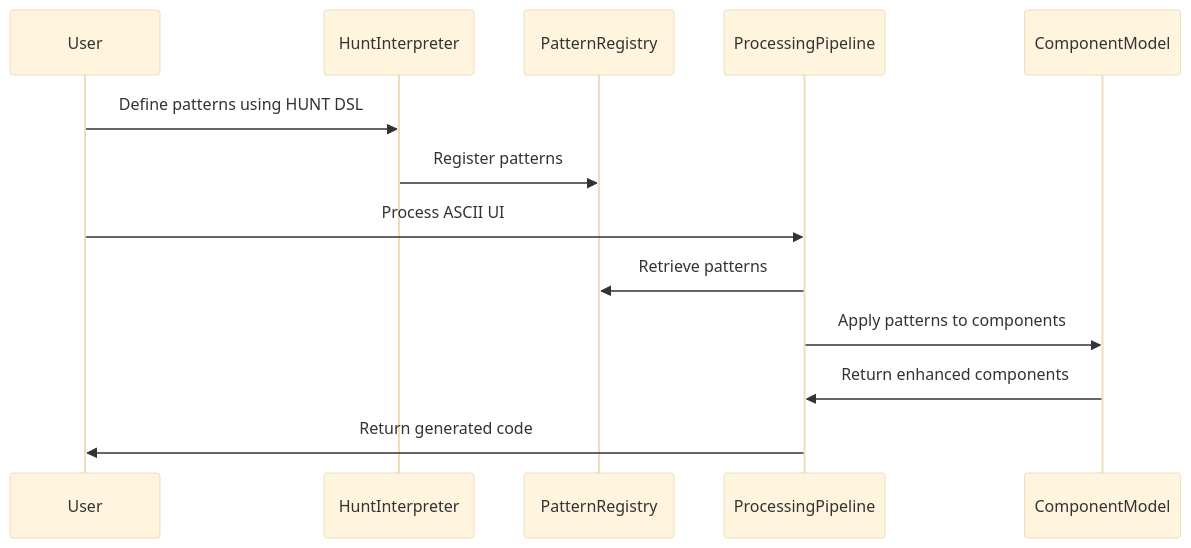
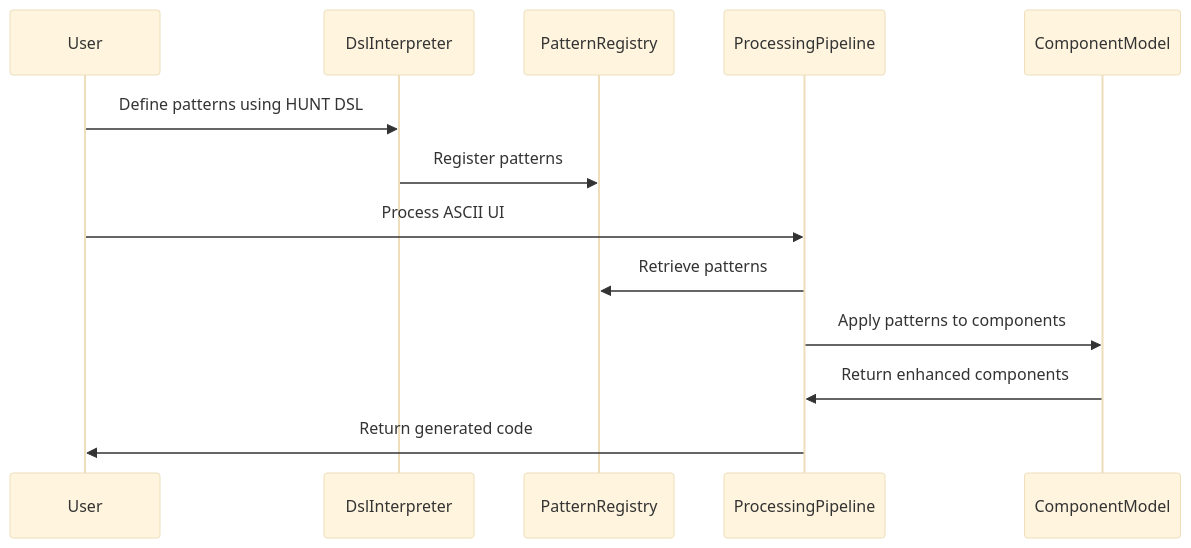
Before and after one commit to deadcoast/ASCII-hunt: the eighth of 32 diagrams in docs/build-docs/hunt-01.system-architecture/01-1.sys-architecture.md, drawn with Mermaid (base theme). The commit also changed other lines of this file and 332 other files, not shown here.

````diff
--- a/docs/build-docs/hunt-01.system-architecture/01-1.sys-architecture.md
+++ b/docs/build-docs/hunt-01.system-architecture/01-1.sys-architecture.md
@@ -283,17 +283,17 @@
 ```mermaid
 sequenceDiagram
     participant User
-    participant HuntInterpreter
+    participant DslInterpreter
     participant PatternRegistry
     participant ProcessingPipeline
     participant ComponentModel
 
-    User->>HuntInterpreter: Define patterns using HUNT DSL
-    HuntInterpreter->>PatternRegistry: Register patterns
+    User->>DslInterpreter: Define patterns using HUNT DSL
+    DslInterpreter->>PatternRegistry: Register patterns
 
     User->>ProcessingPipeline: Process ASCII UI
     ProcessingPipeline->>PatternRegistry: Retrieve patterns
     ProcessingPipeline->>ComponentModel: Apply patterns to components
     ComponentModel->>ProcessingPipeline: Return enhanced components
     ProcessingPipeline->>User: Return generated code
 ```
````
